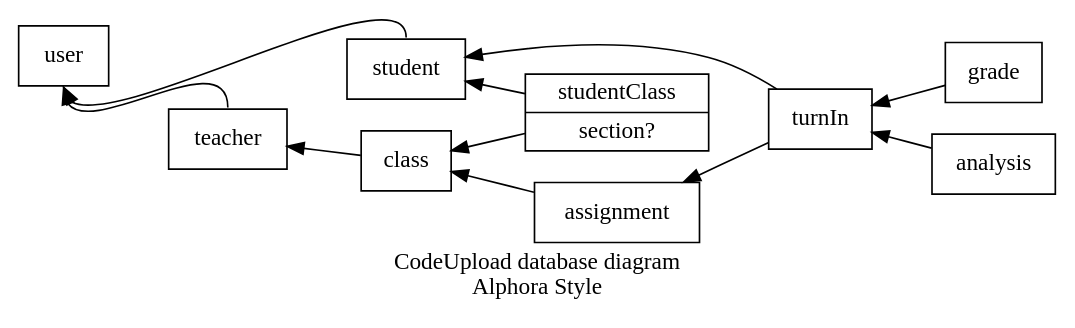
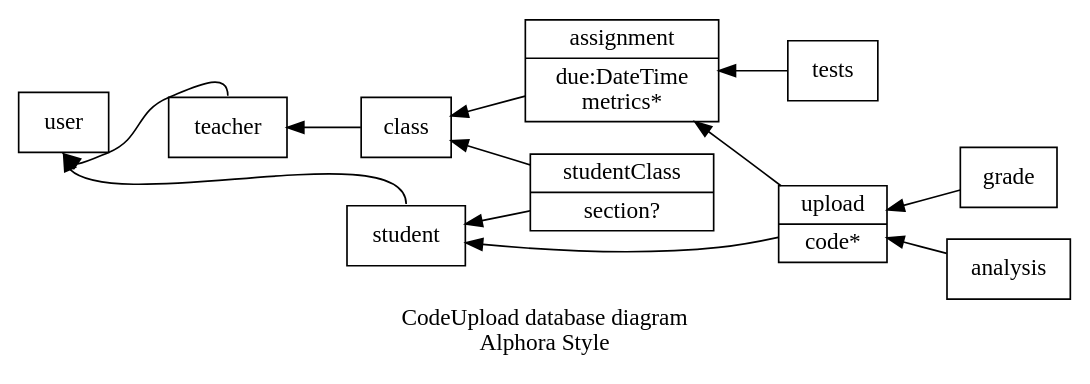
One commit to mckaysalisbury/grades changed the diagram in db.gv. Above: the diagram before and after it, drawn with Graphviz. The commit also changed 1 other file, not shown here.

```diff
--- a/db.gv
+++ b/db.gv
@@ -1,16 +1,16 @@
 digraph db {
     label="CodeUpload database diagram\nAlphora Style"
     rankdir=RL
     node [shape=record]
-    student
-    class
+
+    assignment [label="assignment|due:DateTime\nmetrics*"]
+    upload [label="upload|code*"]
     studentClass [label="studentClass|section?"]
     studentClass -> student, class
-    turnIn -> student, assignment
+    upload -> student, assignment
 
-    user
-    grade, analysis -> turnIn
+    grade, analysis -> upload
     student:n, teacher:n -> user:s
 
-    assignment -> class -> teacher
+    tests -> assignment -> class -> teacher
 }
```
